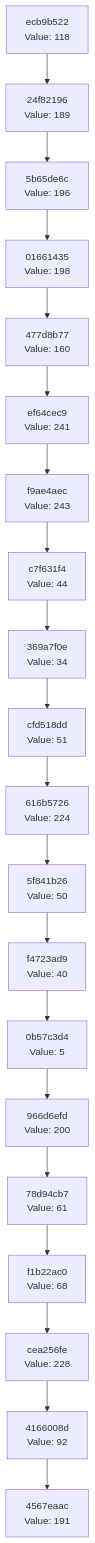
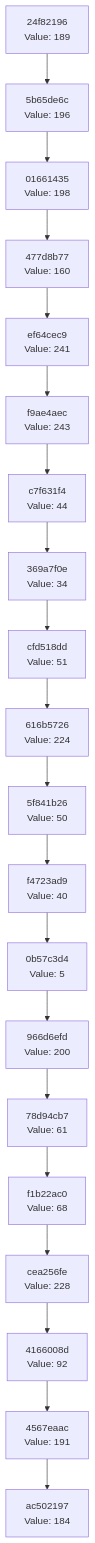
Before and after one commit to Abhisheksinha1506/hash-chain-evolver: the diagram in docs/CHAIN_VISUALIZATION.md, drawn with Mermaid. The commit also changed 3 other files, not shown here.

````diff
--- a/docs/CHAIN_VISUALIZATION.md
+++ b/docs/CHAIN_VISUALIZATION.md
@@ -3,42 +3,42 @@
 ```mermaid
 graph TD
-    C0["4567eaac<br/>Value: 191"]
-    C1["4166008d<br/>Value: 92"]
+    C0["ac502197<br/>Value: 184"]
+    C1["4567eaac<br/>Value: 191"]
     C1 --> C0
-    C2["cea256fe<br/>Value: 228"]
+    C2["4166008d<br/>Value: 92"]
     C2 --> C1
-    C3["f1b22ac0<br/>Value: 68"]
+    C3["cea256fe<br/>Value: 228"]
     C3 --> C2
-    C4["78d94cb7<br/>Value: 61"]
+    C4["f1b22ac0<br/>Value: 68"]
     C4 --> C3
-    C5["966d6efd<br/>Value: 200"]
+    C5["78d94cb7<br/>Value: 61"]
     C5 --> C4
-    C6["0b57c3d4<br/>Value: 5"]
+    C6["966d6efd<br/>Value: 200"]
     C6 --> C5
-    C7["f4723ad9<br/>Value: 40"]
+    C7["0b57c3d4<br/>Value: 5"]
     C7 --> C6
-    C8["5f841b26<br/>Value: 50"]
+    C8["f4723ad9<br/>Value: 40"]
     C8 --> C7
-    C9["616b5726<br/>Value: 224"]
+    C9["5f841b26<br/>Value: 50"]
     C9 --> C8
-    C10["cfd518dd<br/>Value: 51"]
+    C10["616b5726<br/>Value: 224"]
     C10 --> C9
-    C11["369a7f0e<br/>Value: 34"]
+    C11["cfd518dd<br/>Value: 51"]
     C11 --> C10
-    C12["c7f631f4<br/>Value: 44"]
+    C12["369a7f0e<br/>Value: 34"]
     C12 --> C11
-    C13["f9ae4aec<br/>Value: 243"]
+    C13["c7f631f4<br/>Value: 44"]
     C13 --> C12
-    C14["ef64cec9<br/>Value: 241"]
+    C14["f9ae4aec<br/>Value: 243"]
     C14 --> C13
-    C15["477d8b77<br/>Value: 160"]
+    C15["ef64cec9<br/>Value: 241"]
     C15 --> C14
-    C16["01661435<br/>Value: 198"]
+    C16["477d8b77<br/>Value: 160"]
     C16 --> C15
-    C17["5b65de6c<br/>Value: 196"]
+    C17["01661435<br/>Value: 198"]
     C17 --> C16
-    C18["24f82196<br/>Value: 189"]
+    C18["5b65de6c<br/>Value: 196"]
     C18 --> C17
-    C19["ecb9b522<br/>Value: 118"]
+    C19["24f82196<br/>Value: 189"]
     C19 --> C18
 ```
````
